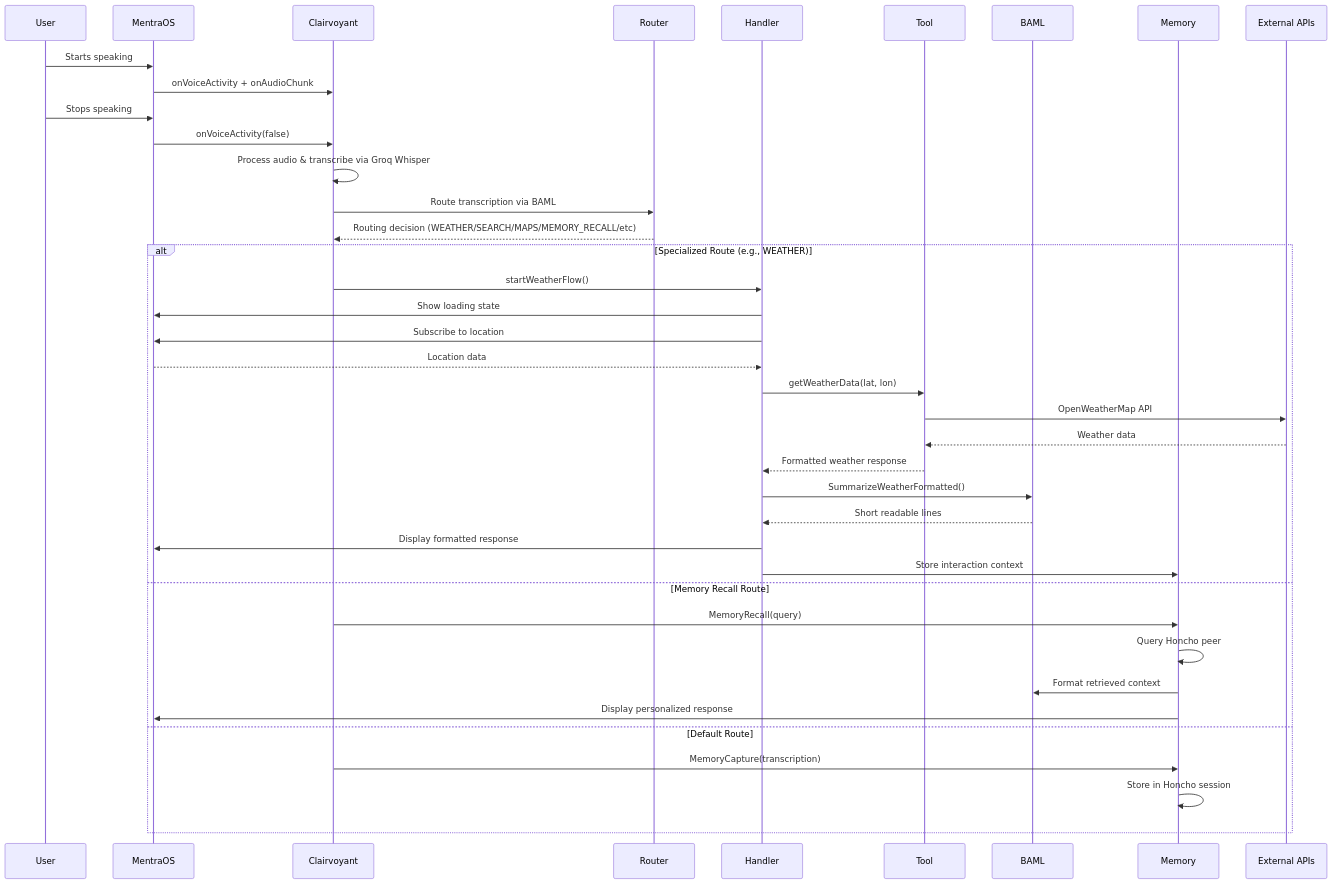
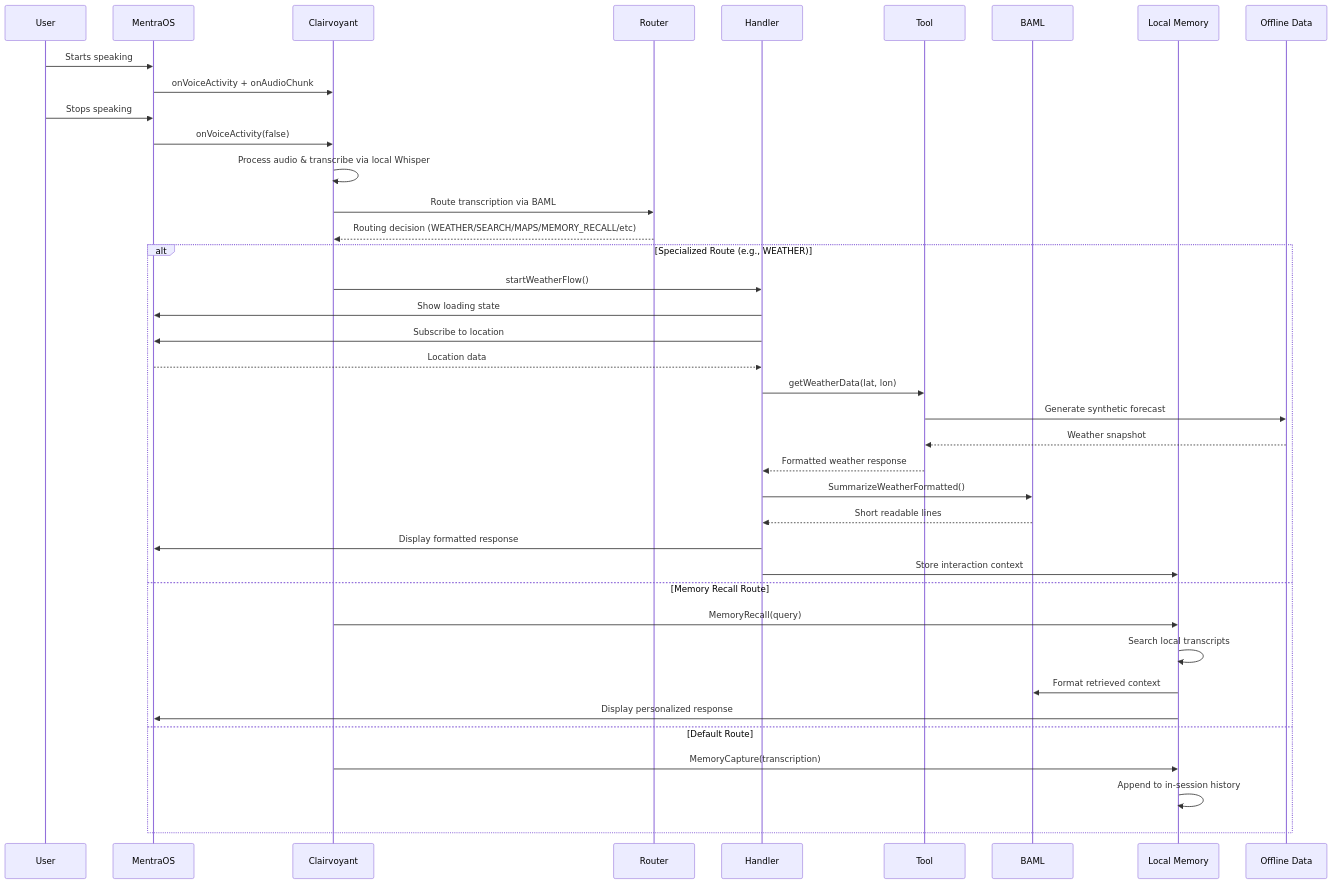
The diagram in README.md (drewomix/jarvi), drawn with Mermaid before and after one commit. The commit also changed other lines of this file and 15 other files, not shown here.

Commit message:
refactor: replace external services with offline data

````diff
--- a/README.md
+++ b/README.md
@@ -21,45 +21,45 @@
 ```mermaid
 sequenceDiagram
     participant User
     participant MentraOS
     participant Clairvoyant
     participant Router
     participant Handler
     participant Tool
     participant BAML
-    participant Memory
-    participant ExtAPI as External APIs
+    participant Memory as Local Memory
+    participant Data as Offline Data
 
     User->>MentraOS: Starts speaking
     MentraOS->>Clairvoyant: onVoiceActivity + onAudioChunk
-    
-    User->>MentraOS: Stops speaking  
+
+    User->>MentraOS: Stops speaking
     MentraOS->>Clairvoyant: onVoiceActivity(false)
-    
-    Clairvoyant->>Clairvoyant: Process audio & transcribe via Groq Whisper
+
+    Clairvoyant->>Clairvoyant: Process audio & transcribe via local Whisper
     Clairvoyant->>Router: Route transcription via BAML
     Router-->>Clairvoyant: Routing decision (WEATHER/SEARCH/MAPS/MEMORY_RECALL/etc)
-    
+
     alt Specialized Route (e.g., WEATHER)
         Clairvoyant->>Handler: startWeatherFlow()
         Handler->>MentraOS: Show loading state
         Handler->>MentraOS: Subscribe to location
         MentraOS-->>Handler: Location data
         Handler->>Tool: getWeatherData(lat, lon)
-        Tool->>ExtAPI: OpenWeatherMap API
-        ExtAPI-->>Tool: Weather data
+        Tool->>Data: Generate synthetic forecast
+        Data-->>Tool: Weather snapshot
         Tool-->>Handler: Formatted weather response
         Handler->>BAML: SummarizeWeatherFormatted()
         BAML-->>Handler: Short readable lines
         Handler->>MentraOS: Display formatted response
         Handler->>Memory: Store interaction context
     else Memory Recall Route
         Clairvoyant->>Memory: MemoryRecall(query)
-        Memory->>Memory: Query Honcho peer
+        Memory->>Memory: Search local transcripts
         Memory->>BAML: Format retrieved context
         Memory->>MentraOS: Display personalized response
     else Default Route
         Clairvoyant->>Memory: MemoryCapture(transcription)
-        Memory->>Memory: Store in Honcho session
+        Memory->>Memory: Append to in-session history
     end
 ```
````
